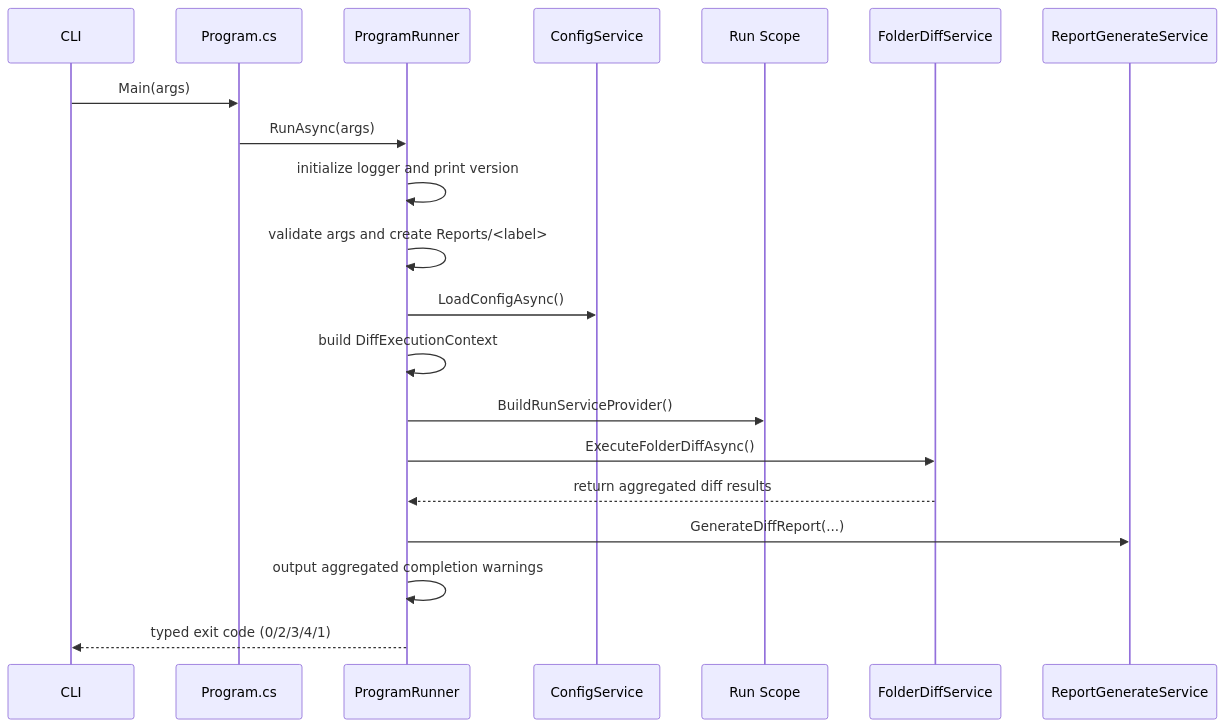
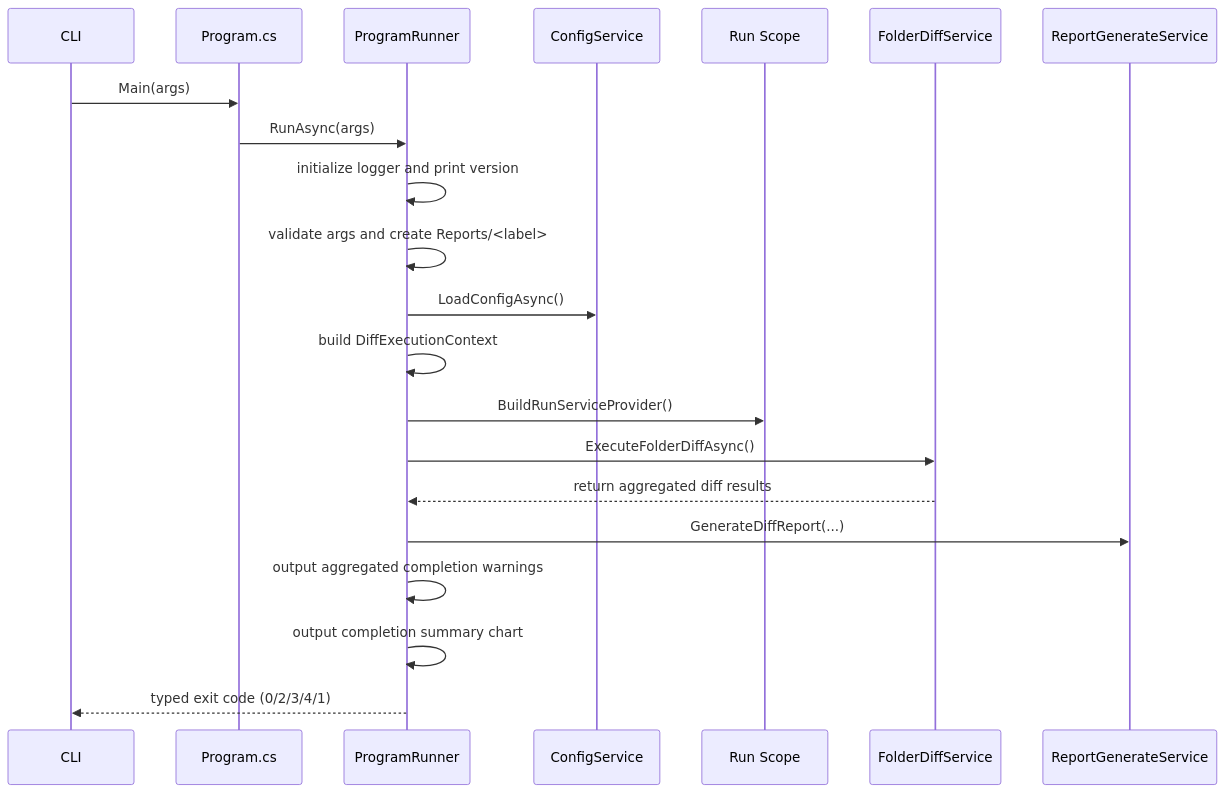
Before and after one commit to Widthdom/FolderDiffIL4DotNet: the second of 10 diagrams in doc/DEVELOPER_GUIDE.md, drawn with Mermaid. The commit also changed other lines of this file and 4 other files, not shown here.

First line of the commit message:
Update documentation for dark mode and completion summary chart

````diff
--- a/doc/DEVELOPER_GUIDE.md
+++ b/doc/DEVELOPER_GUIDE.md
@@ -272,23 +275,24 @@
 ```mermaid
 sequenceDiagram
     participant CLI as CLI
     participant Program as Program.cs
     participant Runner as ProgramRunner
     participant Config as ConfigService
     participant Scope as Run Scope
     participant Diff as FolderDiffService
     participant Report as ReportGenerateService
 
     CLI->>Program: Main(args)
     Program->>Runner: RunAsync(args)
     Runner->>Runner: initialize logger and print version
     Runner->>Runner: validate args and create Reports/<label>
     Runner->>Config: LoadConfigAsync()
     Runner->>Runner: build DiffExecutionContext
     Runner->>Scope: BuildRunServiceProvider()
     Runner->>Diff: ExecuteFolderDiffAsync()
     Diff-->>Runner: return aggregated diff results
     Runner->>Report: GenerateDiffReport(...)
     Runner->>Runner: output aggregated completion warnings
+    Runner->>Runner: output completion summary chart
     Runner-->>CLI: typed exit code (0/2/3/4/1)
 ```
````
